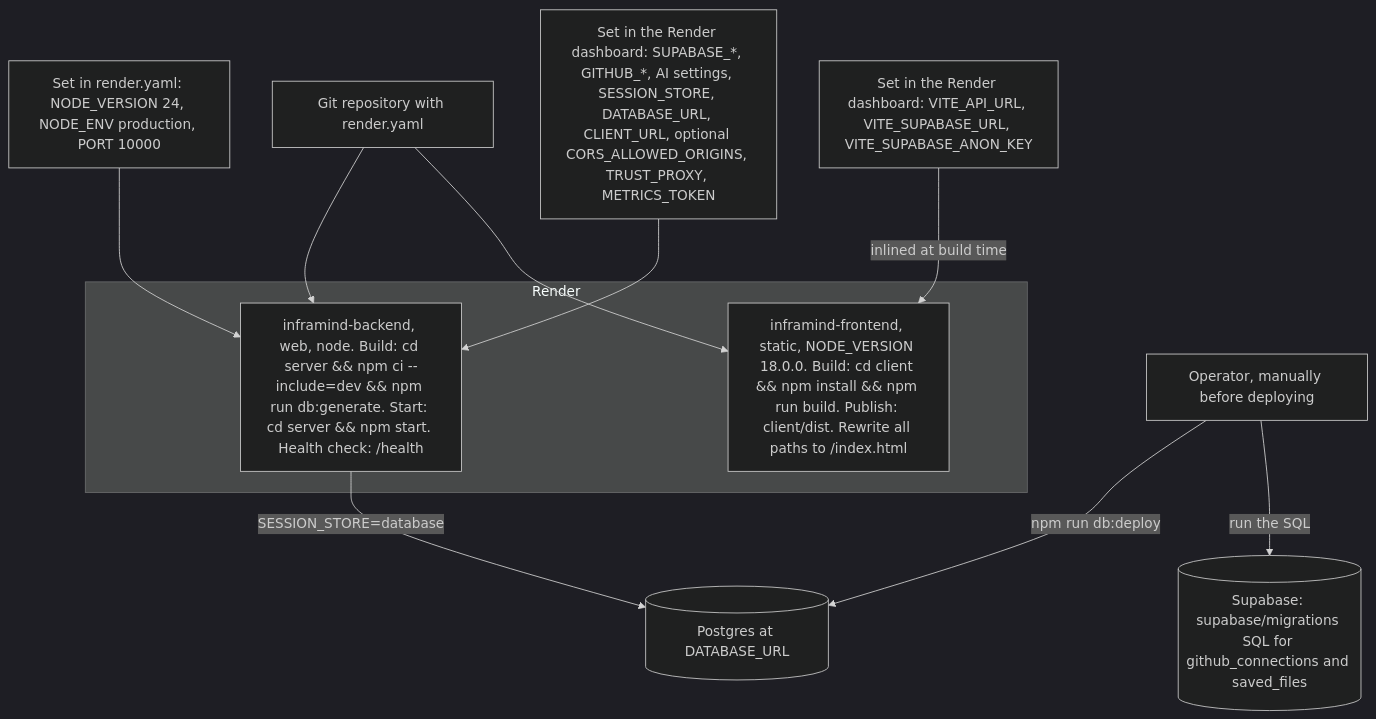
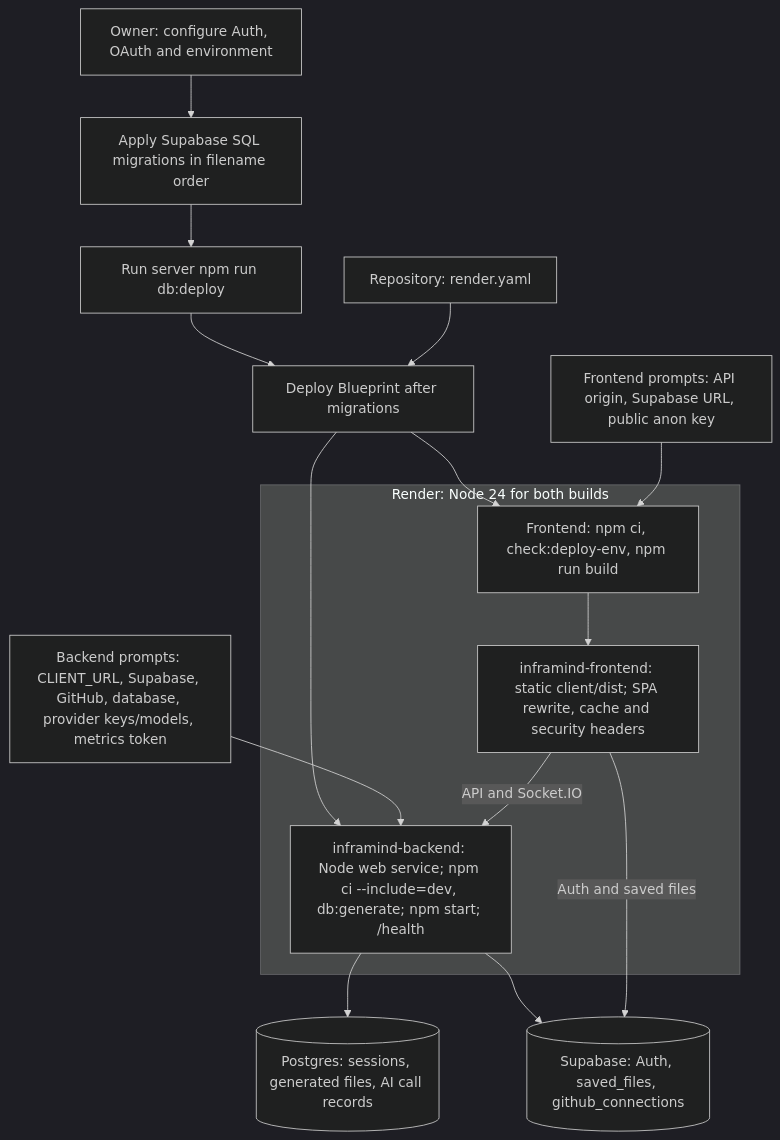
Before and after one commit to bipul724/InfraMind: the diagram in DEPLOYMENT-GUIDE.md, drawn with Mermaid (dark theme). The commit also changed other lines of this file and 10 other files, not shown here.

First line of the commit message:
build(deploy): Render Blueprint settings, Node 24, deploy-env guard and static headers

````diff
--- a/DEPLOYMENT-GUIDE.md
+++ b/DEPLOYMENT-GUIDE.md
@@ -178,23 +187,28 @@
 ```mermaid
 flowchart TB
-    Repo["Git repository with render.yaml"]
-    YamlEnv["Set in render.yaml: NODE_VERSION 24, NODE_ENV production, PORT 10000"]
-    BackEnv["Set in the Render dashboard: SUPABASE_*, GITHUB_*, AI settings, SESSION_STORE, DATABASE_URL, CLIENT_URL, optional CORS_ALLOWED_ORIGINS, TRUST_PROXY, METRICS_TOKEN"]
-    FrontEnv["Set in the Render dashboard: VITE_API_URL, VITE_SUPABASE_URL, VITE_SUPABASE_ANON_KEY"]
-    subgraph Render
-        Backend["inframind-backend, web, node. Build: cd server && npm ci --include=dev && npm run db:generate. Start: cd server && npm start. Health check: /health"]
-        Frontend["inframind-frontend, static, NODE_VERSION 18.0.0. Build: cd client && npm install && npm run build. Publish: client/dist. Rewrite all paths to /index.html"]
+    Repo["Repository: render.yaml"]
+    Owner["Owner: configure Auth, OAuth and environment"]
+    SQL["Apply Supabase SQL migrations in filename order"]
+    Prisma["Run server npm run db:deploy"]
+    Deploy["Deploy Blueprint after migrations"]
+    BackEnv["Backend prompts: CLIENT_URL, Supabase, GitHub, database, provider keys/models, metrics token"]
+    FrontEnv["Frontend prompts: API origin, Supabase URL, public anon key"]
+    subgraph Render["Render: Node 24 for both builds"]
+        Backend["inframind-backend: Node web service; npm ci --include=dev, db:generate; npm start; /health"]
+        Guard["Frontend: npm ci, check:deploy-env, npm run build"]
+        Frontend["inframind-frontend: static client/dist; SPA rewrite, cache and security headers"]
     end
-    Operator["Operator, manually before deploying"]
-    DB[("Postgres at DATABASE_URL")]
-    SB[("Supabase: supabase/migrations SQL for github_connections and saved_files")]
+    DB[("Postgres: sessions, generated files, AI call records")]
+    Supabase[("Supabase: Auth, saved_files, github_connections")]
 
-    Repo --> Backend
-    Repo --> Frontend
-    YamlEnv --> Backend
+    Owner --> SQL --> Prisma --> Deploy
+    Repo --> Deploy
+    Deploy --> Backend
+    Deploy --> Guard
     BackEnv --> Backend
-    FrontEnv -->|"inlined at build time"| Frontend
-    Operator -->|"npm run db:deploy"| DB
-    Operator -->|"run the SQL"| SB
-    Backend -->|"SESSION_STORE=database"| DB
+    FrontEnv --> Guard --> Frontend
+    Backend --> DB
+    Backend --> Supabase
+    Frontend -->|"Auth and saved files"| Supabase
+    Frontend -->|"API and Socket.IO"| Backend
 ```
````
